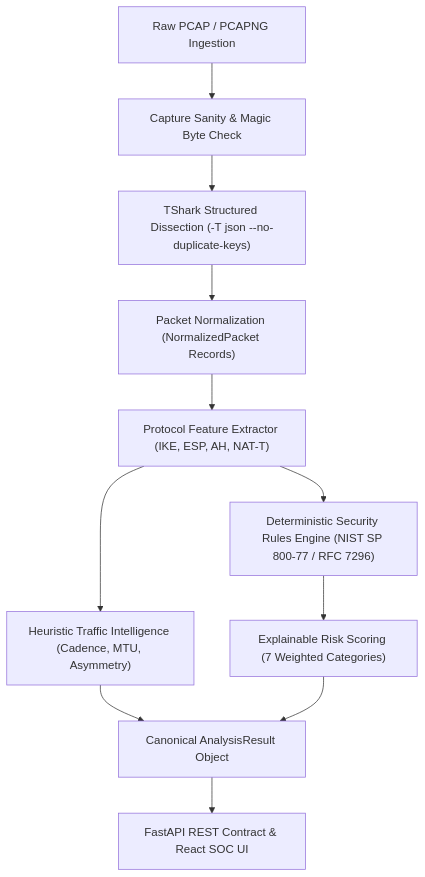
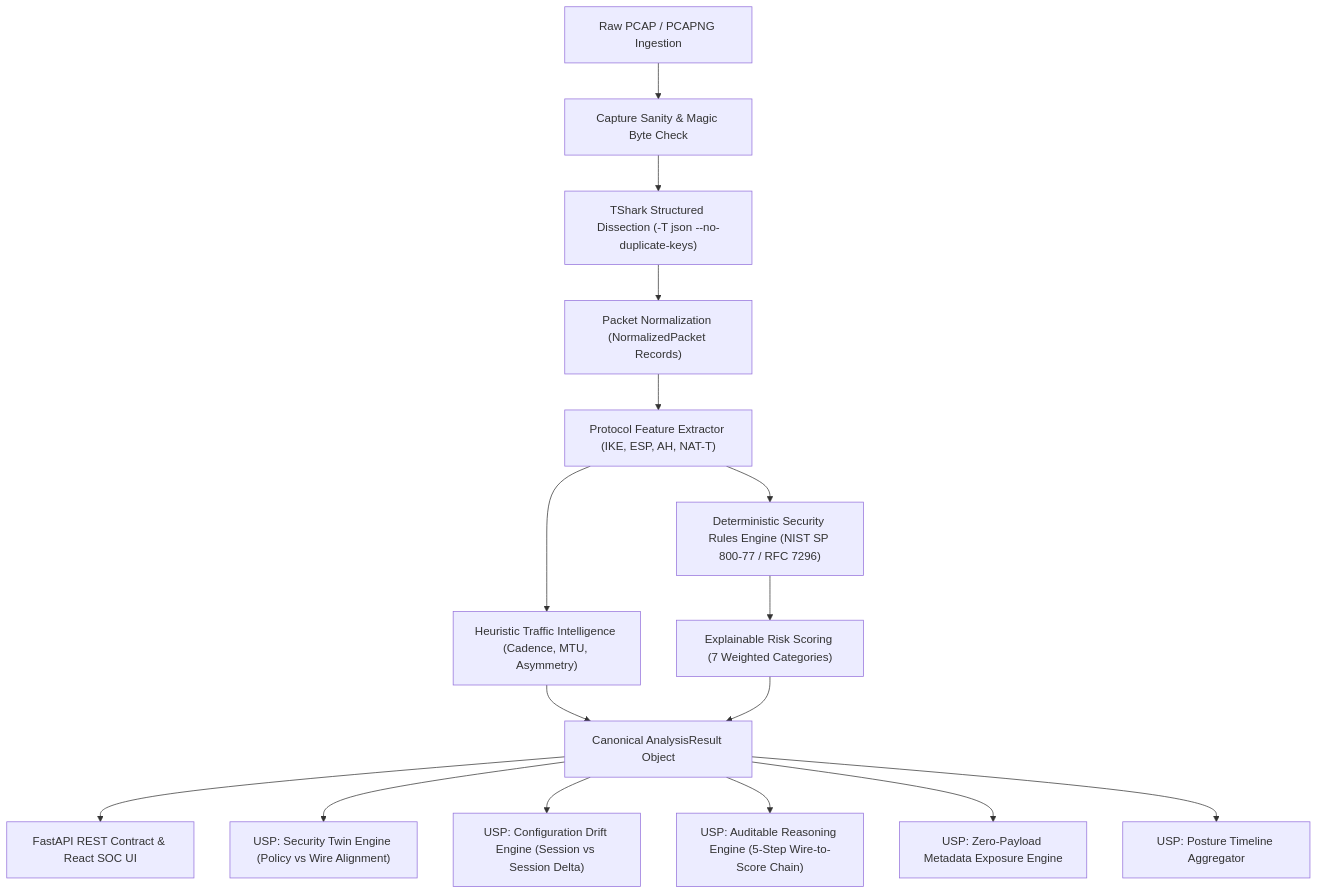
One commit to Guneshbari/AbhedyaX changed the diagram in docs/architecture/real-analysis-pipeline.md. Above: the diagram before and after it, drawn with Mermaid. The commit also changed other lines of this file and 40 other files, not shown here.

Commit message:
feat(phase6): implement AbhedyaX USP layer - security twin, configuration drift, auditable reasoning, metadata exposure, and posture timeline

````diff
--- a/docs/architecture/real-analysis-pipeline.md
+++ b/docs/architecture/real-analysis-pipeline.md
@@ -9,13 +9,18 @@
 ```mermaid
 flowchart TD
     A["Raw PCAP / PCAPNG Ingestion"] --> B["Capture Sanity & Magic Byte Check"]
     B --> C["TShark Structured Dissection (-T json --no-duplicate-keys)"]
     C --> D["Packet Normalization (NormalizedPacket Records)"]
     D --> E["Protocol Feature Extractor (IKE, ESP, AH, NAT-T)"]
     E --> F["Deterministic Security Rules Engine (NIST SP 800-77 / RFC 7296)"]
     E --> G["Heuristic Traffic Intelligence (Cadence, MTU, Asymmetry)"]
     F --> H["Explainable Risk Scoring (7 Weighted Categories)"]
     G --> I["Canonical AnalysisResult Object"]
     H --> I
     I --> J["FastAPI REST Contract & React SOC UI"]
+    I --> K["USP: Security Twin Engine (Policy vs Wire Alignment)"]
+    I --> L["USP: Configuration Drift Engine (Session vs Session Delta)"]
+    I --> M["USP: Auditable Reasoning Engine (5-Step Wire-to-Score Chain)"]
+    I --> N["USP: Zero-Payload Metadata Exposure Engine"]
+    I --> O["USP: Posture Timeline Aggregator"]
 ```
````
